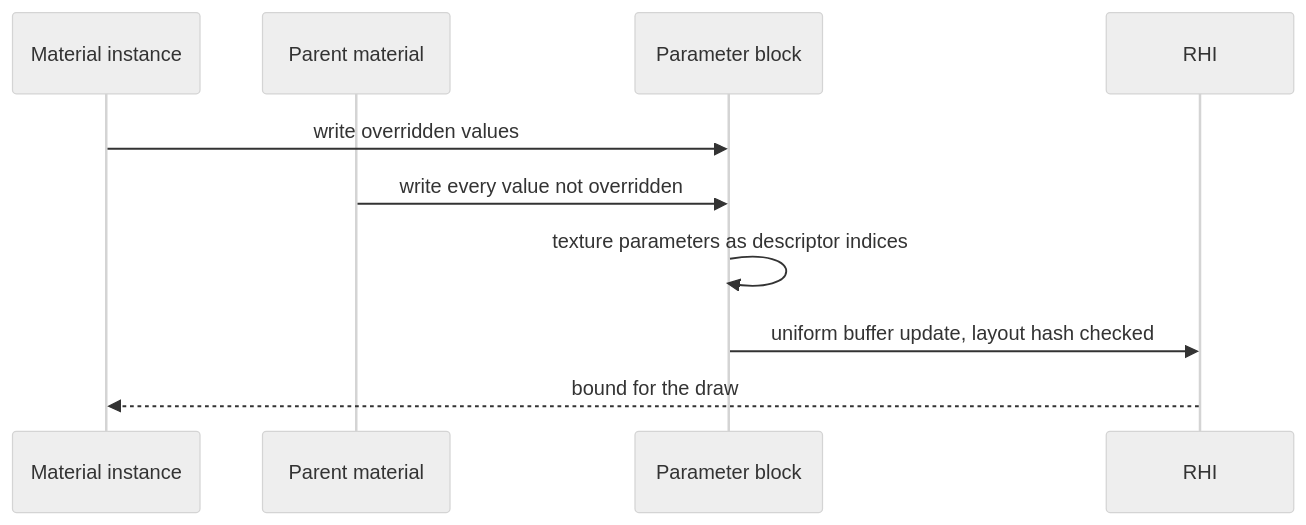
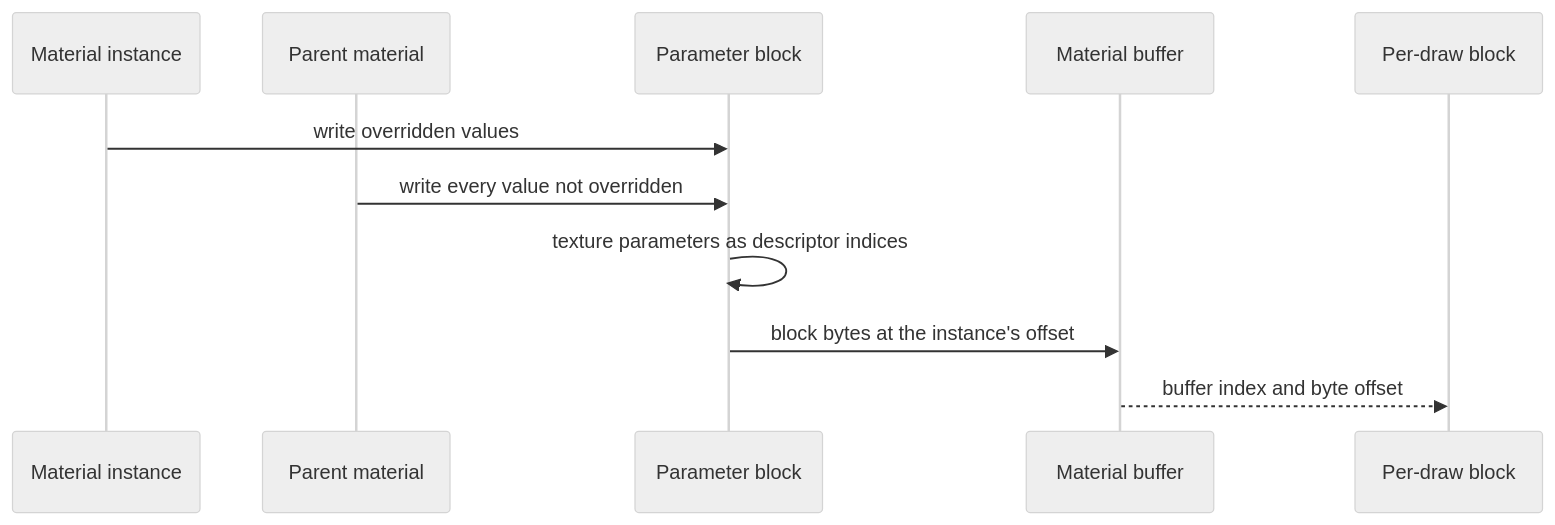
One commit to plainsight-systems/bullet-witch changed the third of 3 diagrams in docs/architecture/materials.md. Above: the diagram before and after it, drawn with Mermaid (neutral theme). The commit also changed other lines of this file, not shown here.

First line of the commit message:
Build each material template's whole switch domain and place blocks in one buffer

````diff
--- a/docs/architecture/materials.md
+++ b/docs/architecture/materials.md
@@ -105,12 +110,13 @@
 ```mermaid
 sequenceDiagram
     participant Inst as Material instance
     participant Base as Parent material
     participant Blk as Parameter block
-    participant RHI
+    participant Buf as Material buffer
+    participant Draw as Per-draw block
     Inst->>Blk: write overridden values
     Base->>Blk: write every value not overridden
     Blk->>Blk: texture parameters as descriptor indices
-    Blk->>RHI: uniform buffer update, layout hash checked
-    RHI-->>Inst: bound for the draw
+    Blk->>Buf: block bytes at the instance's offset
+    Buf-->>Draw: buffer index and byte offset
 ```
````
